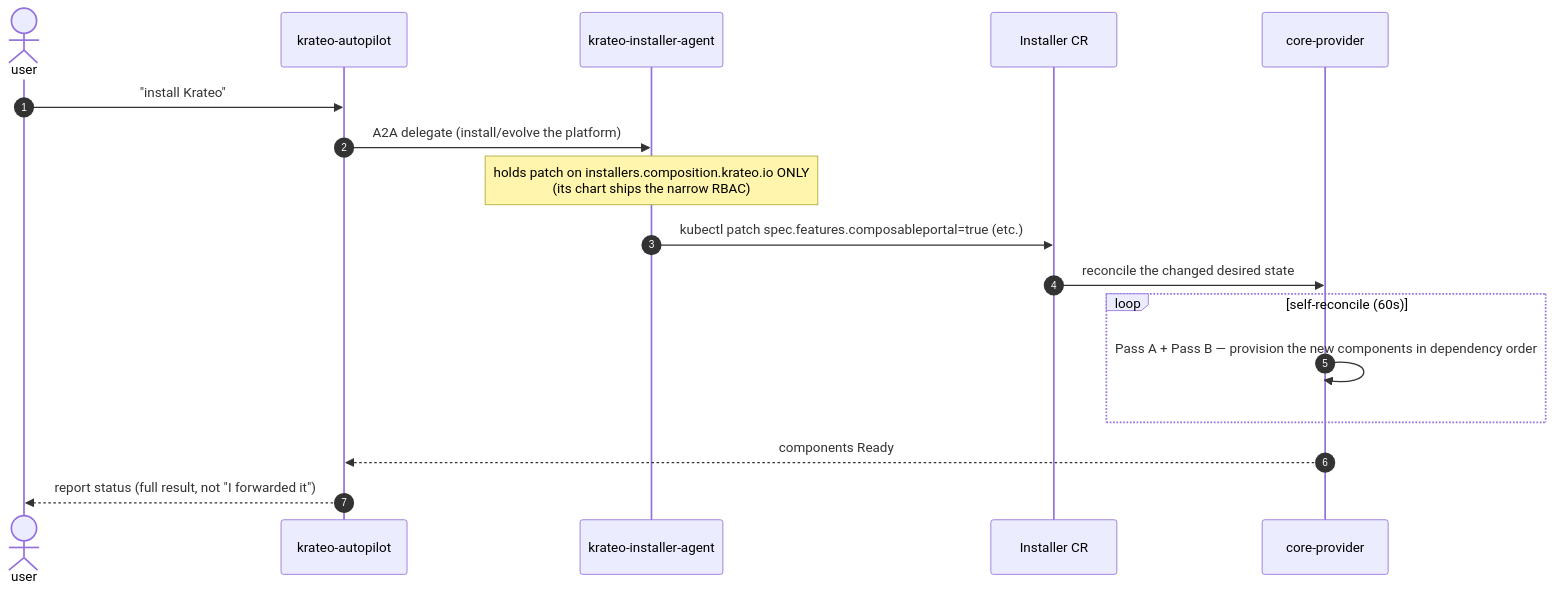
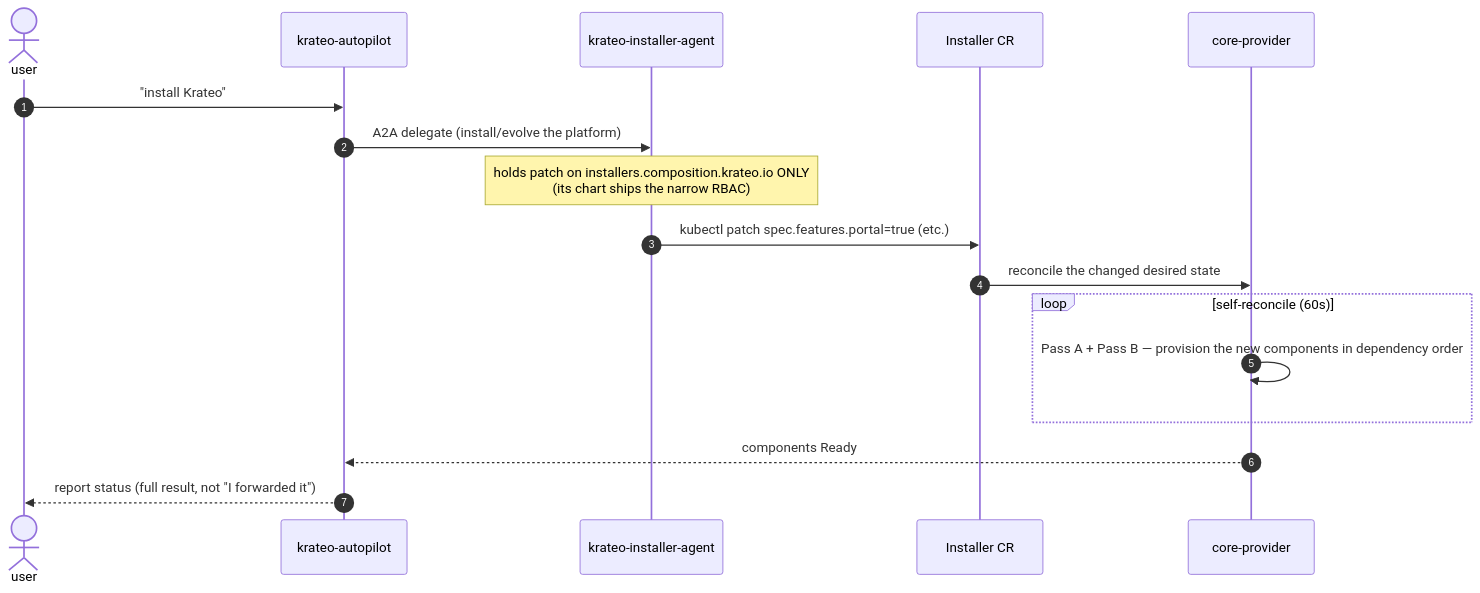
The seventh of 8 diagrams in ARCHITECTURE.md (braghettos/installer), drawn with Mermaid before and after one commit. The commit also changed other lines of this file and 11 other files, not shown here.

````diff
--- a/ARCHITECTURE.md
+++ b/ARCHITECTURE.md
@@ -271,20 +298,20 @@
 ```mermaid
 sequenceDiagram
     autonumber
     actor U as user
     participant AP as krateo-autopilot
     participant IA as krateo-installer-agent
     participant IC as Installer CR
     participant CP as core-provider
 
     U->>AP: "install Krateo"
     AP->>IA: A2A delegate (install/evolve the platform)
     Note over IA: holds patch on installers.composition.krateo.io ONLY<br/>(its chart ships the narrow RBAC)
-    IA->>IC: kubectl patch spec.features.composableportal=true (etc.)
+    IA->>IC: kubectl patch spec.features.portal=true (etc.)
     IC->>CP: reconcile the changed desired state
     loop self-reconcile (60s)
         CP->>CP: Pass A + Pass B — provision the new components in dependency order
     end
     CP-->>AP: components Ready
     AP-->>U: report status (full result, not "I forwarded it")
 ```
````
